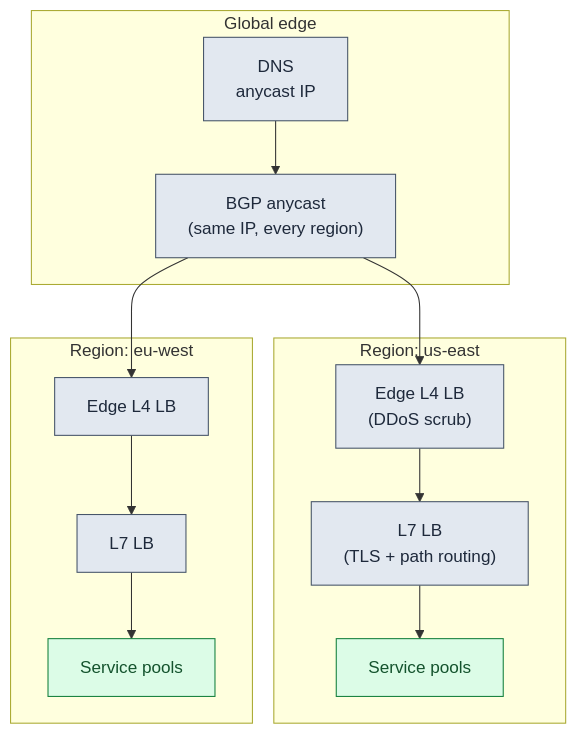
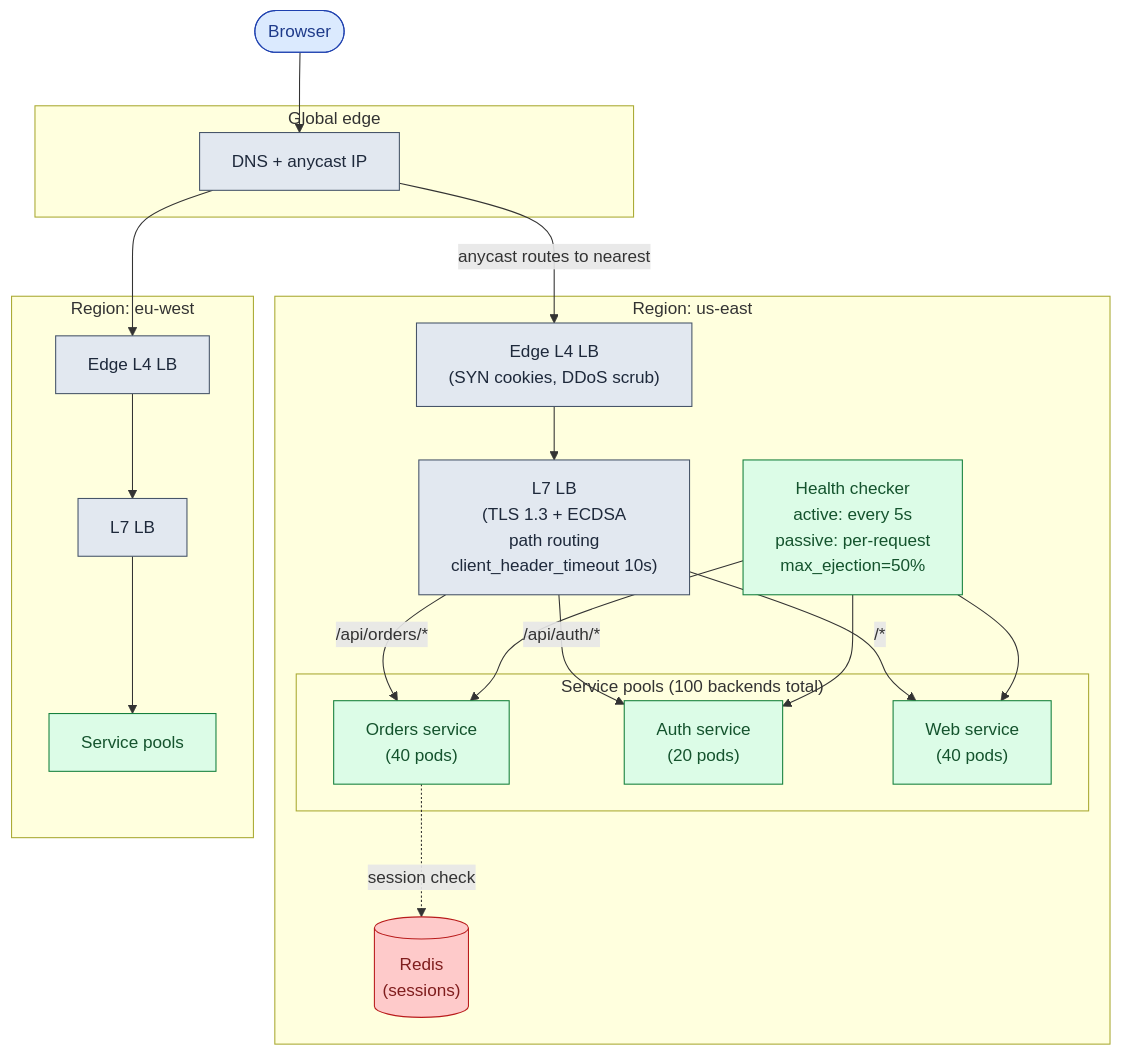
One commit to shiningflash/system-design changed the eighth of 10 diagrams in problems/016-load-balancer/question.md. Above: the diagram before and after it, drawn with Mermaid. The commit also changed other lines of this file and 37 other files, not shown here.

````diff
--- a/problems/016-load-balancer/question.md
+++ b/problems/016-load-balancer/question.md
@@ -274,30 +334,43 @@
 ```mermaid
 flowchart TB
-    subgraph Edge["Global edge"]
-        DNS["DNS<br/>anycast IP"]:::edge
-        BGP["BGP anycast<br/>(same IP, every region)"]:::edge
+    subgraph GlobalEdge["Global edge"]
+        DNS["DNS + anycast IP"]:::edge
     end
 
     subgraph USEast["Region: us-east"]
-        EL4_US["Edge L4 LB<br/>(DDoS scrub)"]:::edge
-        L7_US["L7 LB<br/>(TLS + path routing)"]:::edge
-        SVC_US["Service pools"]:::app
+        EL4["Edge L4 LB\n(SYN cookies, DDoS scrub)"]:::edge
+        L7["L7 LB\n(TLS 1.3 + ECDSA\npath routing\nclient_header_timeout 10s)"]:::edge
+        subgraph Pools["Service pools (100 backends total)"]
+            API["Orders service\n(40 pods)"]:::app
+            Auth["Auth service\n(20 pods)"]:::app
+            Web["Web service\n(40 pods)"]:::app
+        end
+        Redis[("Redis\n(sessions)")]:::cache
+        HC["Health checker\nactive: every 5s\npassive: per-request\nmax_ejection=50%"]:::app
     end
 
     subgraph EUWest["Region: eu-west"]
         EL4_EU["Edge L4 LB"]:::edge
         L7_EU["L7 LB"]:::edge
-        SVC_EU["Service pools"]:::app
+        Pools_EU["Service pools"]:::app
     end
 
-    DNS --> BGP
-    BGP --> EL4_US
-    BGP --> EL4_EU
-    EL4_US --> L7_US
-    L7_US --> SVC_US
+    C([Browser]):::user --> DNS
+    DNS -->|"anycast routes to nearest"| EL4
+    DNS --> EL4_EU
+    EL4 --> L7
+    L7 -->|"/api/orders/*"| API
+    L7 -->|"/api/auth/*"| Auth
+    L7 -->|"/*"| Web
+    API -.session check.-> Redis
+    HC --> API
+    HC --> Auth
+    HC --> Web
     EL4_EU --> L7_EU
-    L7_EU --> SVC_EU
+    L7_EU --> Pools_EU
 
+    classDef user fill:#dbeafe,stroke:#1e40af,color:#1e3a8a
     classDef edge fill:#e2e8f0,stroke:#475569,color:#1e293b
     classDef app fill:#dcfce7,stroke:#15803d,color:#14532d
+    classDef cache fill:#fecaca,stroke:#b91c1c,color:#7f1d1d
 ```
````
